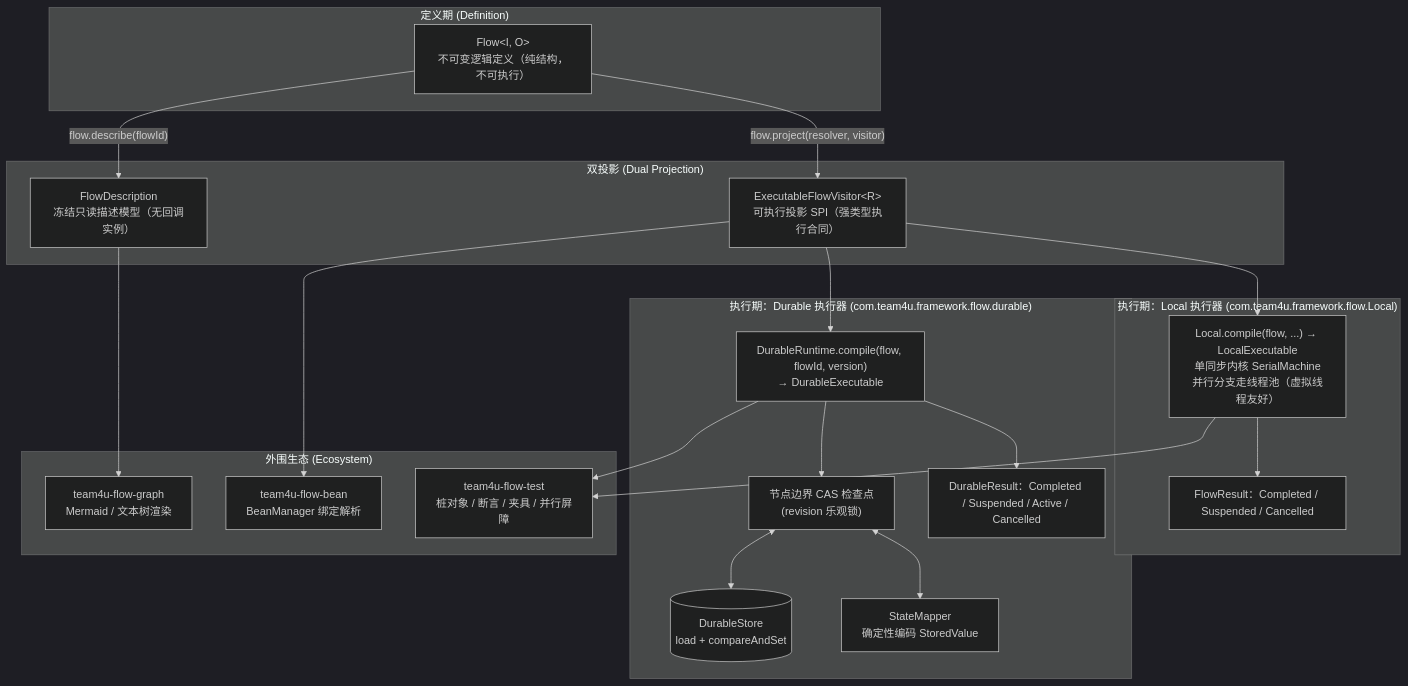
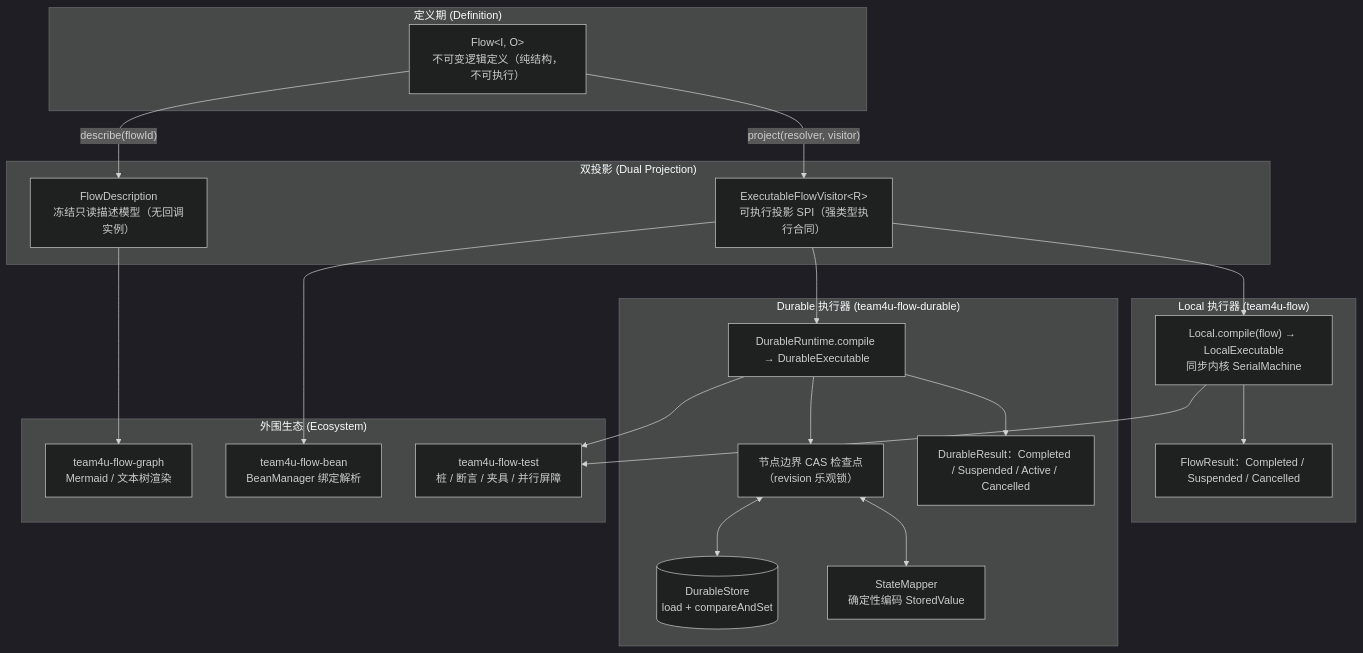
Before and after one commit to team4u/team4u-framework: the diagram in docs/flow/README.md, drawn with Mermaid (dark theme). The commit also changed other lines of this file and 9 other files, not shown here.

First line of the commit message:
docs(flow): 按复杂度分层(L1/L2/L3)重写全部文档并修正与代码不符的描述

````diff
--- a/docs/flow/README.md
+++ b/docs/flow/README.md
@@ -39,31 +49,28 @@
 ```mermaid
 graph TD
     subgraph "定义期 (Definition)"
         D["Flow&lt;I, O&gt;<br/>不可变逻辑定义（纯结构，不可执行）"]
     end
 
     subgraph "双投影 (Dual Projection)"
-        D -->|"flow.describe(flowId)"| PD["FlowDescription<br/>冻结只读描述模型（无回调实例）"]
-        D -->|"flow.project(resolver, visitor)"| PE["ExecutableFlowVisitor&lt;R&gt;<br/>可执行投影 SPI（强类型执行合同）"]
+        D -->|"describe(flowId)"| PD["FlowDescription<br/>冻结只读描述模型（无回调实例）"]
+        D -->|"project(resolver, visitor)"| PE["ExecutableFlowVisitor&lt;R&gt;<br/>可执行投影 SPI（强类型执行合同）"]
     end
-
-    subgraph "执行期：Local 执行器 (com.team4u.framework.flow.Local)"
-        PE --> L["Local.compile(flow, ...) → LocalExecutable<br/>单同步内核 SerialMachine<br/>并行分支走线程池（虚拟线程友好）"]
+    subgraph "Local 执行器 (team4u-flow)"
+        PE --> L["Local.compile(flow) → LocalExecutable<br/>同步内核 SerialMachine"]
         L --> LR["FlowResult：Completed / Suspended / Cancelled"]
     end
-
-    subgraph "执行期：Durable 执行器 (com.team4u.framework.flow.durable)"
-        PE --> DR["DurableRuntime.compile(flow, flowId, version)<br/>→ DurableExecutable"]
-        DR --> CK["节点边界 CAS 检查点<br/>(revision 乐观锁)"]
+    subgraph "Durable 执行器 (team4u-flow-durable)"
+        PE --> DR["DurableRuntime.compile → DurableExecutable"]
+        DR --> CK["节点边界 CAS 检查点<br/>（revision 乐观锁）"]
         CK <--> DS[("DurableStore<br/>load + compareAndSet")]
         CK <--> SM["StateMapper<br/>确定性编码 StoredValue"]
         DR --> DRR["DurableResult：Completed / Suspended / Active / Cancelled"]
     end
-
     subgraph "外围生态 (Ecosystem)"
         PD --> FG["team4u-flow-graph<br/>Mermaid / 文本树渲染"]
         PE --> FB["team4u-flow-bean<br/>BeanManager 绑定解析"]
-        L --> FT["team4u-flow-test<br/>桩对象 / 断言 / 夹具 / 并行屏障"]
+        L --> FT["team4u-flow-test<br/>桩 / 断言 / 夹具 / 并行屏障"]
         DR --> FT
     end
 ```
````
